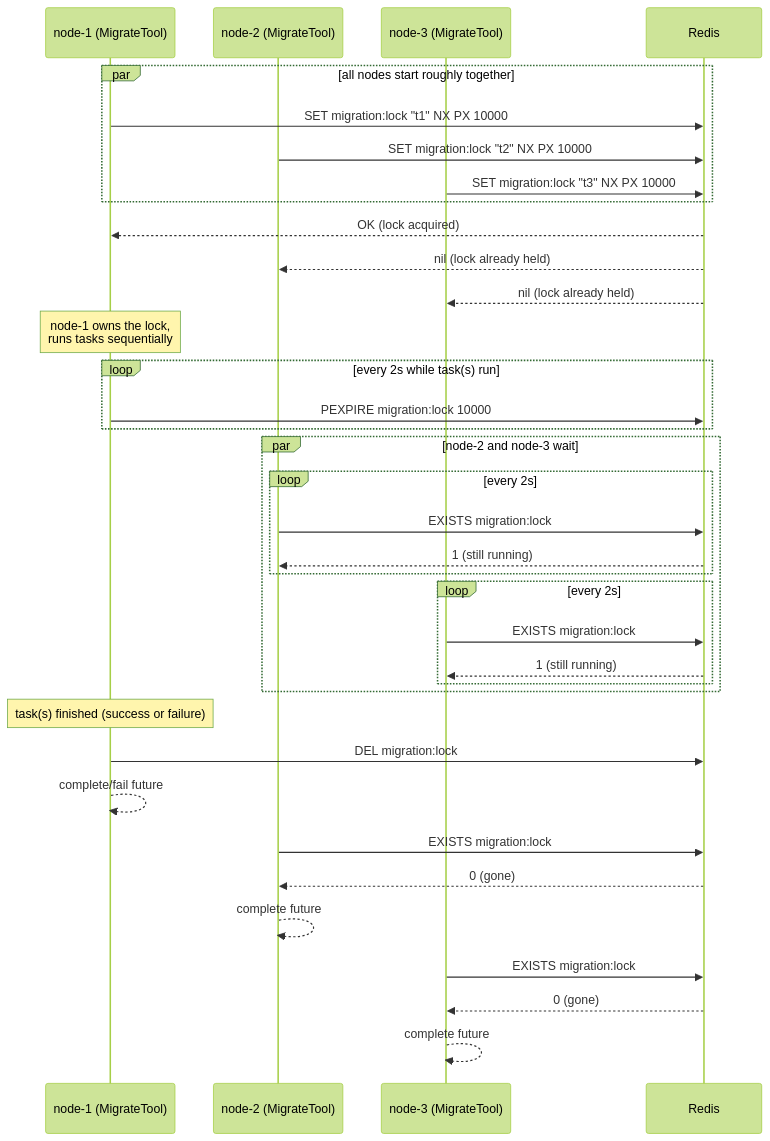
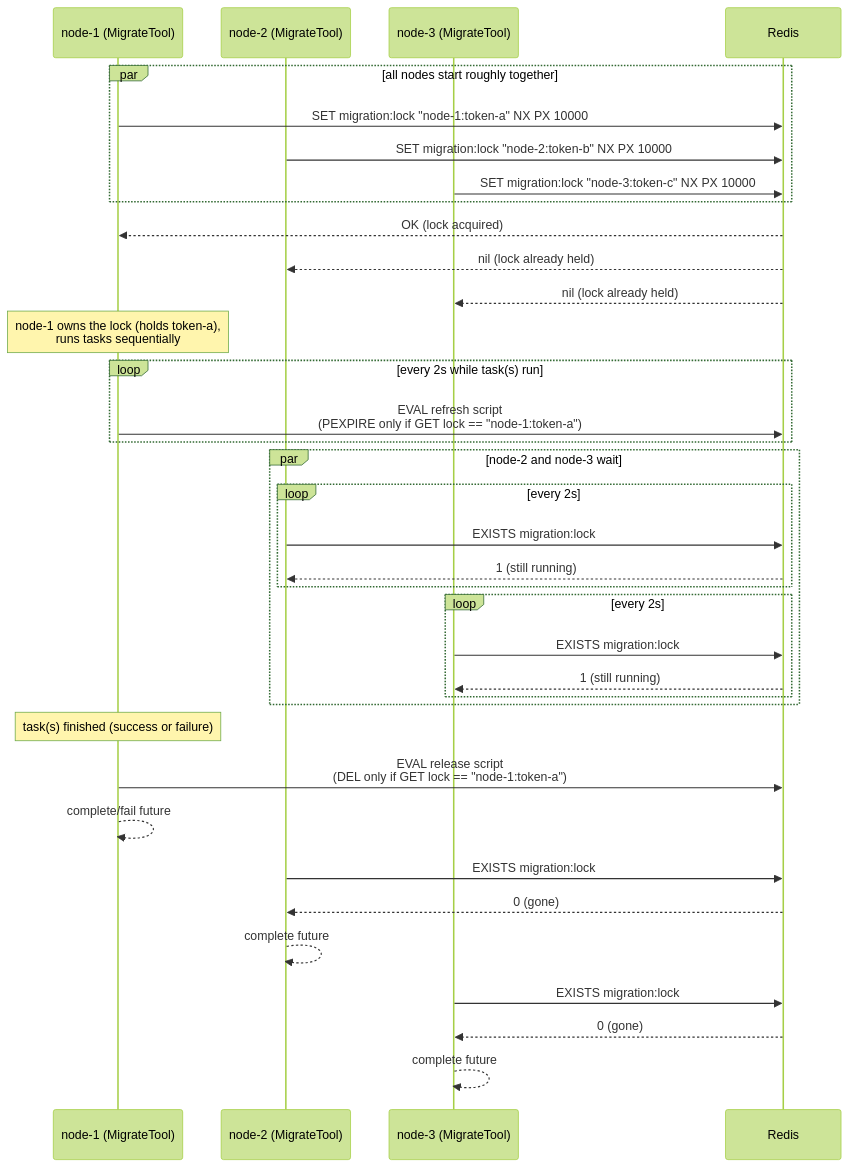
Before and after one commit to swisspost/vertx-rest-storage: the second of 2 diagrams in docs/MigrateTool.md, drawn with Mermaid (forest theme). The commit also changed other lines of this file and 8 other files, not shown here.

````diff
--- a/docs/MigrateTool.md
+++ b/docs/MigrateTool.md
@@ -50,46 +64,46 @@
 ```mermaid
 sequenceDiagram
     participant N1 as node-1 (MigrateTool)
     participant N2 as node-2 (MigrateTool)
     participant N3 as node-3 (MigrateTool)
     participant R as Redis
 
     par all nodes start roughly together
-        N1->>R: SET migration:lock "t1" NX PX 10000
-        N2->>R: SET migration:lock "t2" NX PX 10000
-        N3->>R: SET migration:lock "t3" NX PX 10000
+        N1->>R: SET migration:lock "node-1:token-a" NX PX 10000
+        N2->>R: SET migration:lock "node-2:token-b" NX PX 10000
+        N3->>R: SET migration:lock "node-3:token-c" NX PX 10000
     end
 
     R-->>N1: OK (lock acquired)
     R-->>N2: nil (lock already held)
     R-->>N3: nil (lock already held)
 
-    Note over N1: node-1 owns the lock,<br/>runs tasks sequentially
+    Note over N1: node-1 owns the lock (holds token-a),<br/>runs tasks sequentially
 
     loop every 2s while task(s) run
-        N1->>R: PEXPIRE migration:lock 10000
+        N1->>R: EVAL refresh script<br/>(PEXPIRE only if GET lock == "node-1:token-a")
     end
 
     par node-2 and node-3 wait
         loop every 2s
             N2->>R: EXISTS migration:lock
             R-->>N2: 1 (still running)
         end
         loop every 2s
             N3->>R: EXISTS migration:lock
             R-->>N3: 1 (still running)
         end
     end
 
     Note over N1: task(s) finished (success or failure)
-    N1->>R: DEL migration:lock
+    N1->>R: EVAL release script<br/>(DEL only if GET lock == "node-1:token-a")
     N1-->>N1: complete/fail future
 
     N2->>R: EXISTS migration:lock
     R-->>N2: 0 (gone)
     N2-->>N2: complete future
 
     N3->>R: EXISTS migration:lock
     R-->>N3: 0 (gone)
     N3-->>N3: complete future
 ```
````
